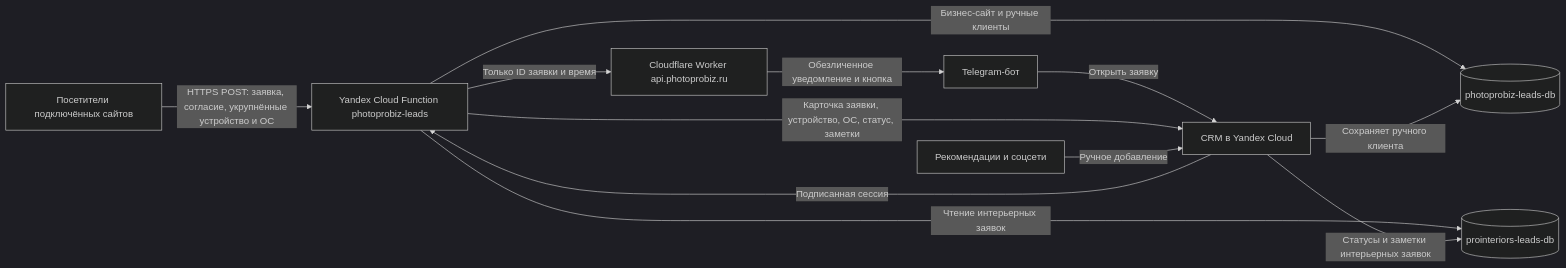
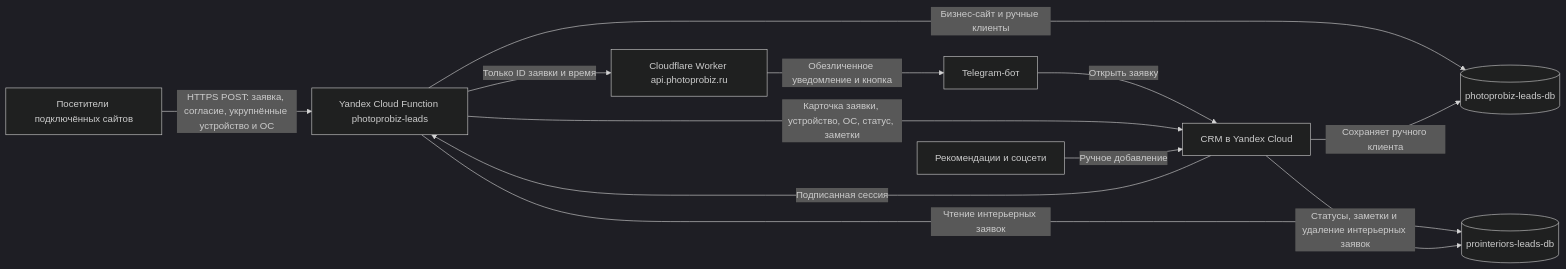
Before and after one commit to kuznetsovphotographer-prog/photoprobiz: the first of 2 diagrams in PROJECT-STATUS.md, drawn with Mermaid (dark theme). The commit also changed other lines of this file and 9 other files, not shown here.

````diff
--- a/PROJECT-STATUS.md
+++ b/PROJECT-STATUS.md
@@ -25,14 +27,14 @@
 ```mermaid
 flowchart LR
     A[Посетители подключённых сайтов] -->|HTTPS POST: заявка, согласие, укрупнённые устройство и ОС| B[Yandex Cloud Function photoprobiz-leads]
     B -->|Бизнес-сайт и ручные клиенты| C[(photoprobiz-leads-db)]
     B -->|Чтение интерьерных заявок| CI[(prointeriors-leads-db)]
     B -->|Только ID заявки и время| D[Cloudflare Worker api.photoprobiz.ru]
     D -->|Обезличенное уведомление и кнопка| E[Telegram-бот]
     E -->|Открыть заявку| F[CRM в Yandex Cloud]
     F -->|Подписанная сессия| B
     B -->|Карточка заявки, устройство, ОС, статус, заметки| F
     G[Рекомендации и соцсети] -->|Ручное добавление| F
     F -->|Сохраняет ручного клиента| C
-    F -->|Статусы и заметки интерьерных заявок| CI
+    F -->|Статусы, заметки и удаление интерьерных заявок| CI
 ```
````
